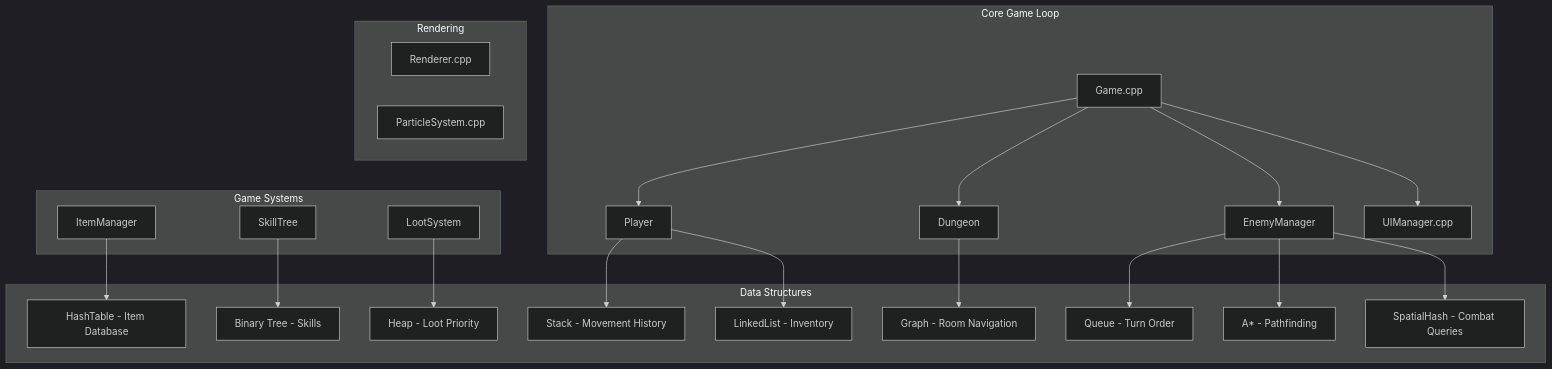
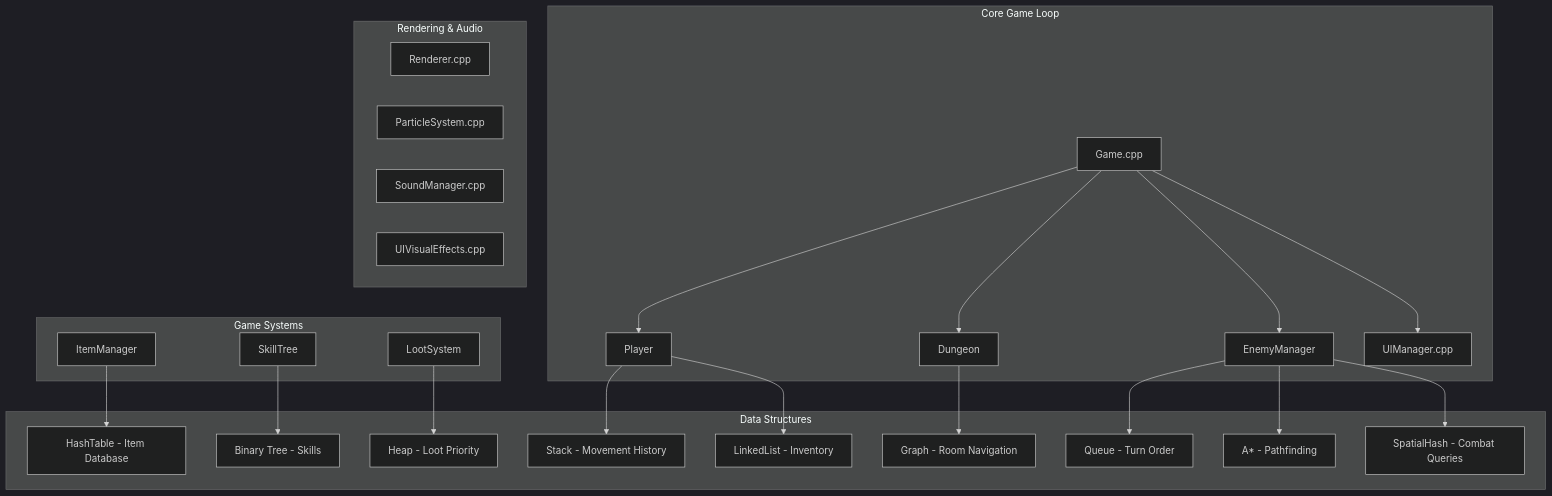
One commit to Siddesh-bype/dsa-game changed the second of 4 diagrams in README.md. Above: the diagram before and after it, drawn with Mermaid (dark theme). The commit also changed other lines of this file and 1 other file, not shown here.

````diff
--- a/README.md
+++ b/README.md
@@ -49,40 +49,42 @@
 ```mermaid
 graph TB
     subgraph Core["Core Game Loop"]
         Game[Game.cpp]
         Game --> Player
         Game --> Dungeon
         Game --> EnemyManager
         Game --> UIManager
     end
     
     subgraph DSA["Data Structures"]
         Stack[Stack - Movement History]
         Queue[Queue - Turn Order]
         LinkedList[LinkedList - Inventory]
         HashTable[HashTable - Item Database]
         Heap[Heap - Loot Priority]
         Tree[Binary Tree - Skills]
         Graph[Graph - Room Navigation]
         AStar[A* - Pathfinding]
         SpatialHash[SpatialHash - Combat Queries]
     end
     
     subgraph Systems["Game Systems"]
         Player --> Stack
         Player --> LinkedList
         EnemyManager --> Queue
         EnemyManager --> AStar
         EnemyManager --> SpatialHash
         Dungeon --> Graph
         ItemManager --> HashTable
         SkillTree --> Tree
         LootSystem --> Heap
     end
     
-    subgraph Rendering["Rendering"]
+    subgraph Rendering["Rendering & Audio"]
         Renderer[Renderer.cpp]
         UIManager[UIManager.cpp]
         ParticleSystem[ParticleSystem.cpp]
+        SoundManager[SoundManager.cpp]
+        UIVisualEffects[UIVisualEffects.cpp]
     end
 ```
````
